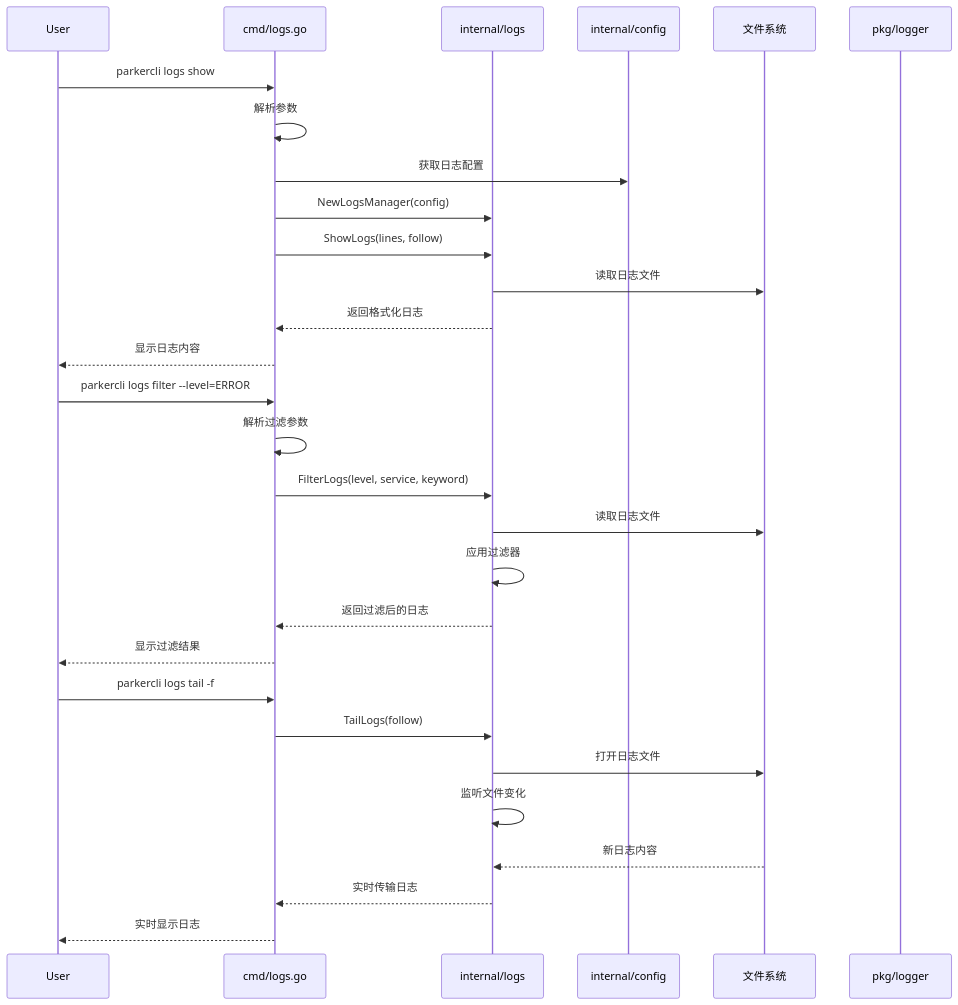
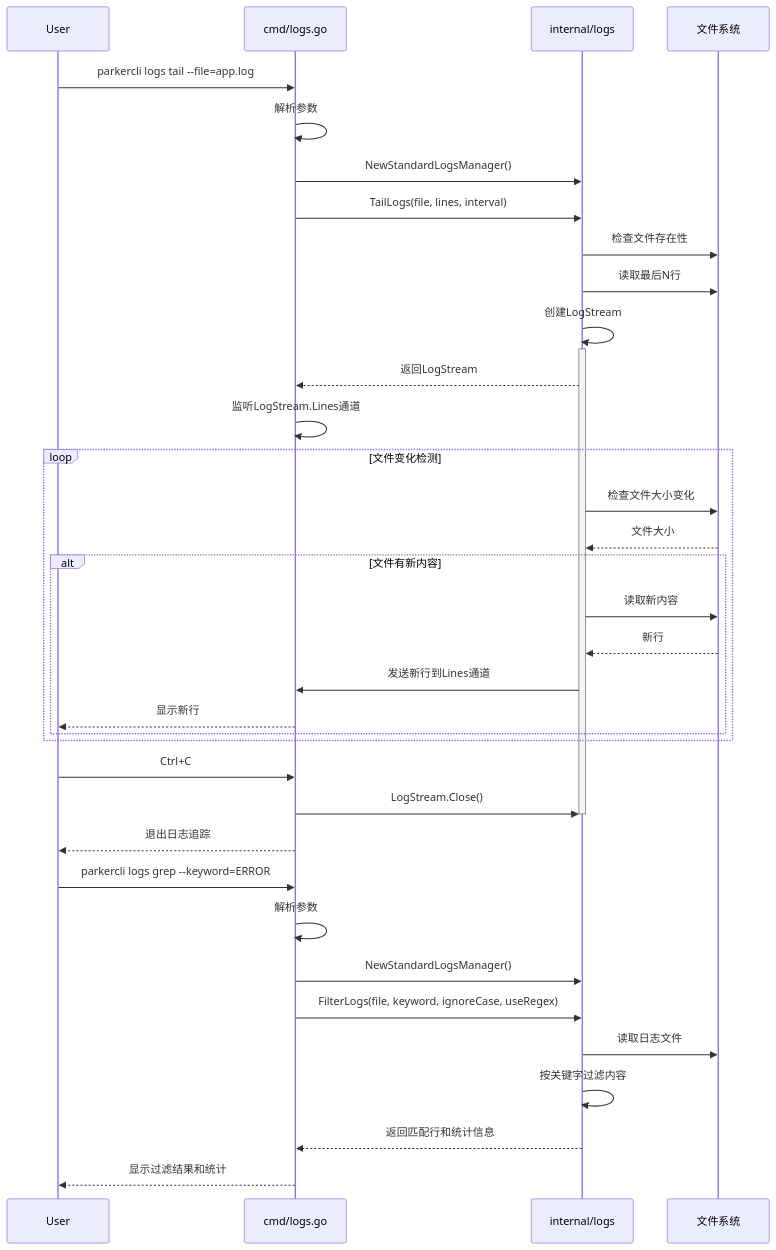
Before and after one commit to GC6666666/ParkerCLI: the seventh of 12 diagrams in docs/project_architecture.md, drawn with Mermaid. The commit also changed other lines of this file and 8 other files, not shown here.

````diff
--- a/docs/project_architecture.md
+++ b/docs/project_architecture.md
@@ -444,34 +442,43 @@
 ```mermaid
 sequenceDiagram
     participant User
     participant LogsCmd as cmd/logs.go
     participant LogsImpl as internal/logs
-    participant ConfigImpl as internal/config
-    participant FileSystem as 文件系统
-    participant Logger as pkg/logger
+    participant FS as 文件系统
     
-    User->>LogsCmd: parkercli logs show
+    User->>LogsCmd: parkercli logs tail --file=app.log
     LogsCmd->>LogsCmd: 解析参数
-    LogsCmd->>ConfigImpl: 获取日志配置
-    LogsCmd->>LogsImpl: NewLogsManager(config)
-    LogsCmd->>LogsImpl: ShowLogs(lines, follow)
-    LogsImpl->>FileSystem: 读取日志文件
-    LogsImpl-->>LogsCmd: 返回格式化日志
-    LogsCmd-->>User: 显示日志内容
+    LogsCmd->>LogsImpl: NewStandardLogsManager()
+    LogsCmd->>LogsImpl: TailLogs(file, lines, interval)
+    LogsImpl->>FS: 检查文件存在性
+    LogsImpl->>FS: 读取最后N行
+    LogsImpl->>LogsImpl: 创建LogStream
+    activate LogsImpl
+    LogsImpl-->>LogsCmd: 返回LogStream
+    LogsCmd->>LogsCmd: 监听LogStream.Lines通道
     
-    User->>LogsCmd: parkercli logs filter --level=ERROR
-    LogsCmd->>LogsCmd: 解析过滤参数
-    LogsCmd->>LogsImpl: FilterLogs(level, service, keyword)
-    LogsImpl->>FileSystem: 读取日志文件
-    LogsImpl->>LogsImpl: 应用过滤器
-    LogsImpl-->>LogsCmd: 返回过滤后的日志
-    LogsCmd-->>User: 显示过滤结果
+    loop 文件变化检测
+        LogsImpl->>FS: 检查文件大小变化
+        FS-->>LogsImpl: 文件大小
+        alt 文件有新内容
+            LogsImpl->>FS: 读取新内容
+            FS-->>LogsImpl: 新行
+            LogsImpl->>LogsCmd: 发送新行到Lines通道
+            LogsCmd-->>User: 显示新行
+        end
+    end
     
-    User->>LogsCmd: parkercli logs tail -f
-    LogsCmd->>LogsImpl: TailLogs(follow)
-    LogsImpl->>FileSystem: 打开日志文件
-    LogsImpl->>LogsImpl: 监听文件变化
-    FileSystem-->>LogsImpl: 新日志内容
-    LogsImpl-->>LogsCmd: 实时传输日志
-    LogsCmd-->>User: 实时显示日志
+    User->>LogsCmd: Ctrl+C
+    LogsCmd->>LogsImpl: LogStream.Close()
+    deactivate LogsImpl
+    LogsCmd-->>User: 退出日志追踪
+    
+    User->>LogsCmd: parkercli logs grep --keyword=ERROR
+    LogsCmd->>LogsCmd: 解析参数
+    LogsCmd->>LogsImpl: NewStandardLogsManager()
+    LogsCmd->>LogsImpl: FilterLogs(file, keyword, ignoreCase, useRegex)
+    LogsImpl->>FS: 读取日志文件
+    LogsImpl->>LogsImpl: 按关键字过滤内容
+    LogsImpl-->>LogsCmd: 返回匹配行和统计信息
+    LogsCmd-->>User: 显示过滤结果和统计
 ```
````
